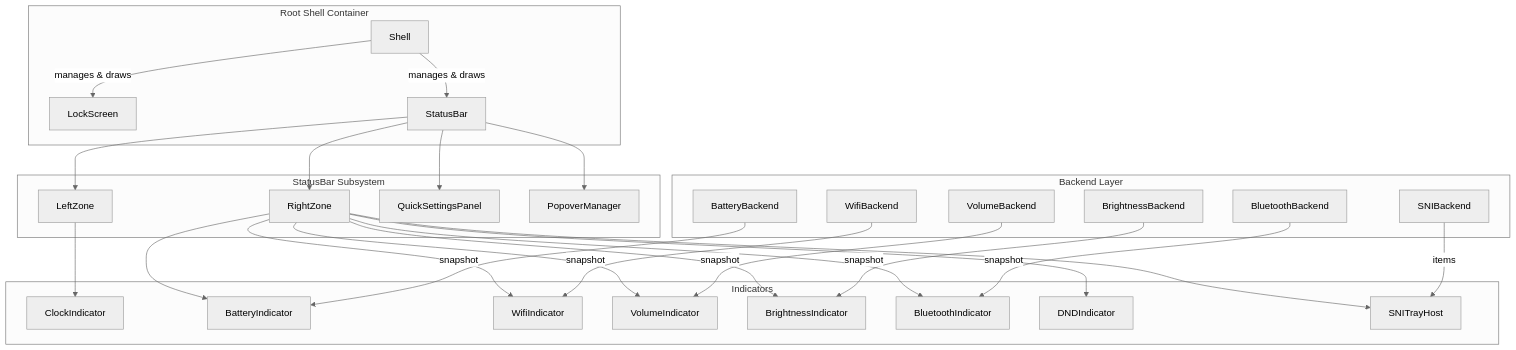
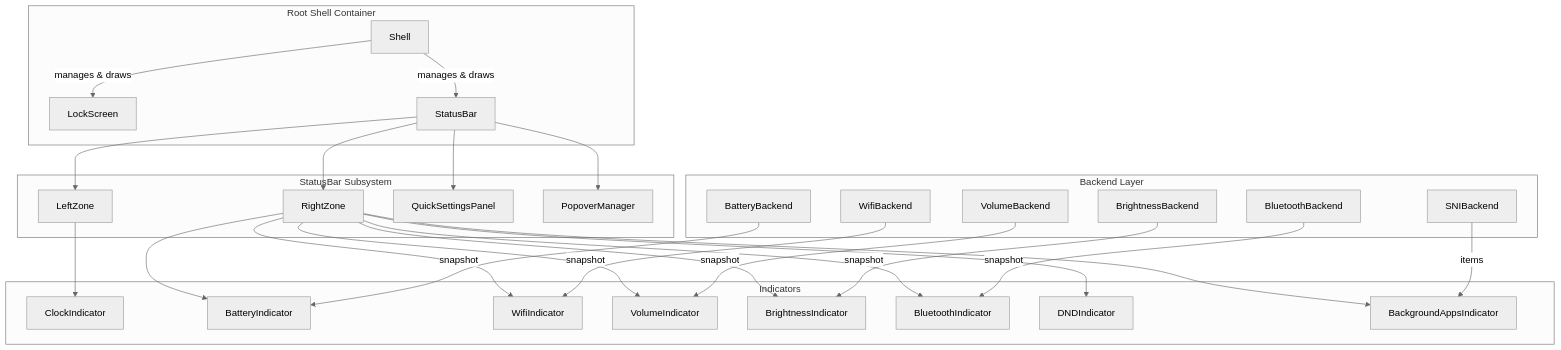
One commit to ngarana/waypoint changed the diagram in qypr/docs/STATUS_BAR.md. Above: the diagram before and after it, drawn with Mermaid (neutral theme). The commit also changed other lines of this file and 17 other files, not shown here.

First line of the commit message:
feat(qypr): background-apps overflow replaces the tray strip

````diff
--- a/qypr/docs/STATUS_BAR.md
+++ b/qypr/docs/STATUS_BAR.md
@@ -189,58 +189,58 @@
 ```mermaid
 graph TD
     subgraph Backend Layer
         BB[BatteryBackend]
         WB[WifiBackend]
         VB[VolumeBackend]
         BrB[BrightnessBackend]
         BtB[BluetoothBackend]
         SB[SNIBackend]
     end
 
     subgraph Root Shell Container
         Sh[Shell]
         LS[LockScreen]
         SBar[StatusBar]
     end
 
     subgraph StatusBar Subsystem
         LZ[LeftZone]
         RZ[RightZone]
         QSP[QuickSettingsPanel]
         PM[PopoverManager]
     end
 
     subgraph Indicators
         CI[ClockIndicator]
         BI[BatteryIndicator]
         WI[WifiIndicator]
         VI[VolumeIndicator]
         BrI[BrightnessIndicator]
         BtI[BluetoothIndicator]
         DI[DNDIndicator]
-        SI[SNITrayHost]
+        SI[BackgroundAppsIndicator]
     end
 
     Sh -->|manages & draws| LS
     Sh -->|manages & draws| SBar
 
     BB -->|snapshot| BI
     WB -->|snapshot| WI
     VB -->|snapshot| VI
     BrB -->|snapshot| BrI
     BtB -->|snapshot| BtI
     SB -->|items| SI
 
     SBar --> LZ --> CI
     SBar --> RZ
     RZ --> BrI
     RZ --> VI
     RZ --> WI
     RZ --> BtI
     RZ --> BI
     RZ --> DI
     RZ --> SI
 
     SBar --> QSP
     SBar --> PM
 ```
````
